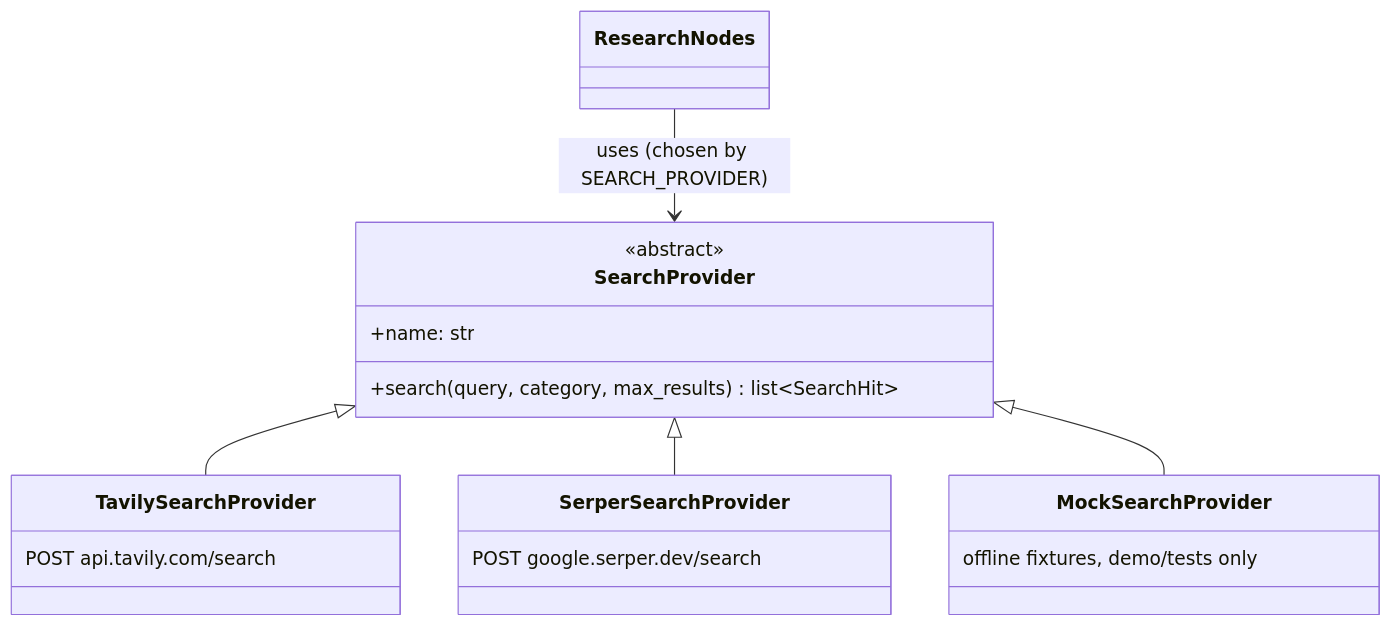
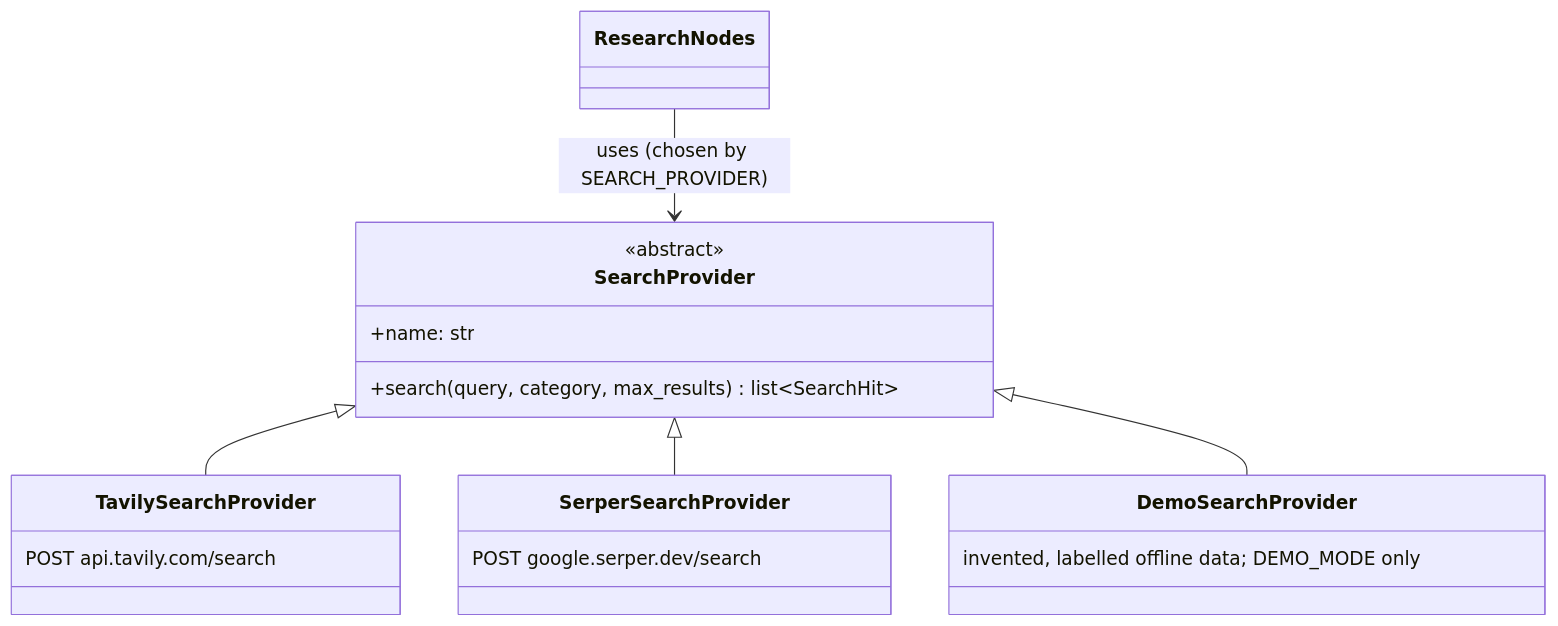
Before and after one commit to smartcharan12/ai-travel-planner: the fifth of 8 diagrams in ARCHITECTURE.md, drawn with Mermaid. The commit also changed other lines of this file and 181 other files, not shown here.

Commit message:
Complete AI travel planner production architecture

````diff
--- a/ARCHITECTURE.md
+++ b/ARCHITECTURE.md
@@ -218,15 +263,15 @@
 ```mermaid
 classDiagram
     class SearchProvider {
         <<abstract>>
         +name: str
         +search(query, category, max_results) list~SearchHit~
     }
     SearchProvider <|-- TavilySearchProvider
     SearchProvider <|-- SerperSearchProvider
-    SearchProvider <|-- MockSearchProvider
+    SearchProvider <|-- DemoSearchProvider
     class TavilySearchProvider { POST api.tavily.com/search }
     class SerperSearchProvider { POST google.serper.dev/search }
-    class MockSearchProvider { offline fixtures, demo/tests only }
+    class DemoSearchProvider { invented, labelled offline data; DEMO_MODE only }
     ResearchNodes --> SearchProvider : uses (chosen by SEARCH_PROVIDER)
 ```
````
